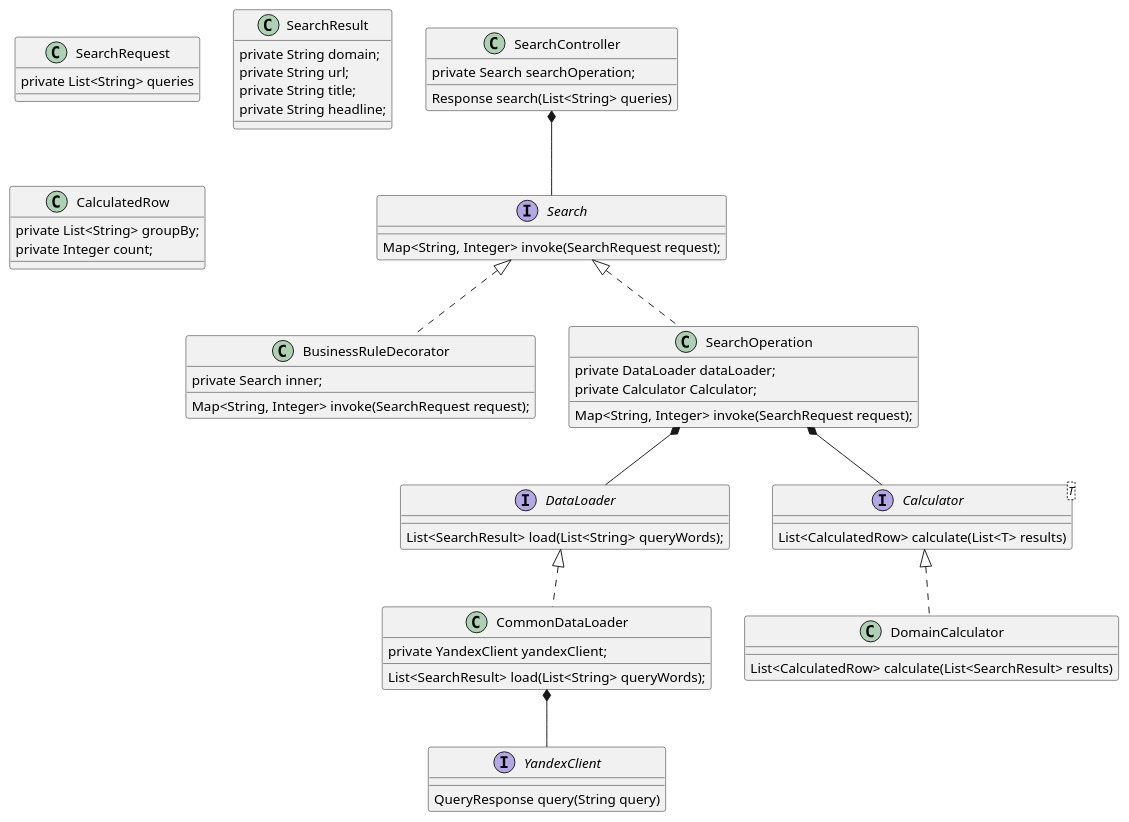
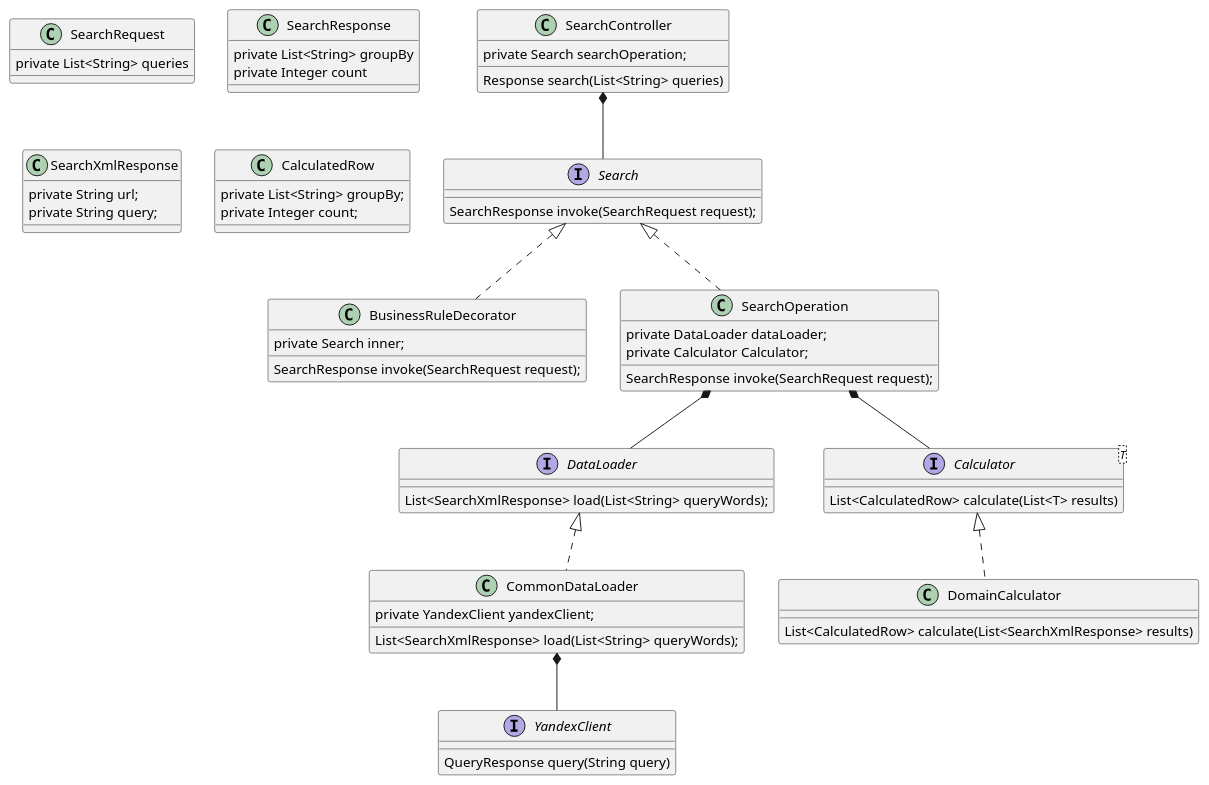
One commit to LarexSetch/key-word-searcher changed the diagram in docs/uml/dependencies.puml. Above: the diagram before and after it, drawn with PlantUML.

Commit message:
master change response structure

```diff
--- a/docs/uml/dependencies.puml
+++ b/docs/uml/dependencies.puml
@@ -1,72 +1,75 @@
 @startuml
 
 
 interface YandexClient {
     QueryResponse query(String query)
 }
 
 class SearchController {
     private Search searchOperation;
 
     Response search(List<String> queries)
 }
 
 interface Search {
-    Map<String, Integer> invoke(SearchRequest request);
+    SearchResponse invoke(SearchRequest request);
 }
 
 interface DataLoader {
-    List<SearchResult> load(List<String> queryWords);
+    List<SearchXmlResponse> load(List<String> queryWords);
 }
 
 interface Calculator<T> {
     List<CalculatedRow> calculate(List<T> results)
 }
 
 class SearchRequest {
     private List<String> queries
 }
 
-class SearchResult {
-    private String domain;
+class SearchResponse {
+    private List<String> groupBy
+    private Integer count
+}
+
+class SearchXmlResponse {
     private String url;
-    private String title;
-    private String headline;
+    private String query;
 }
 
 class CalculatedRow {
     private List<String> groupBy;
     private Integer count;
 }
 
 class BusinessRuleDecorator implements Search {
     private Search inner;
 
-    Map<String, Integer> invoke(SearchRequest request);
+    SearchResponse invoke(SearchRequest request);
 }
 
 class SearchOperation implements Search {
     private DataLoader dataLoader;
     private Calculator Calculator;
 
-    Map<String, Integer> invoke(SearchRequest request);
+    SearchResponse invoke(SearchRequest request);
 }
 
 class CommonDataLoader implements DataLoader {
     private YandexClient yandexClient;
 
-    List<SearchResult> load(List<String> queryWords);
+    List<SearchXmlResponse> load(List<String> queryWords);
 }
 
 class DomainCalculator implements Calculator {
-    List<CalculatedRow> calculate(List<SearchResult> results)
+    List<CalculatedRow> calculate(List<SearchXmlResponse> results)
 }
 
 SearchOperation *-- DataLoader
 SearchOperation *-- Calculator
 
 CommonDataLoader *-- YandexClient
 
 SearchController *-- Search
 
 @enduml
```
